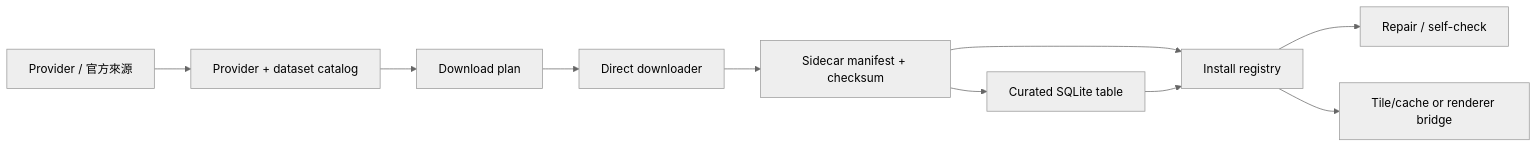
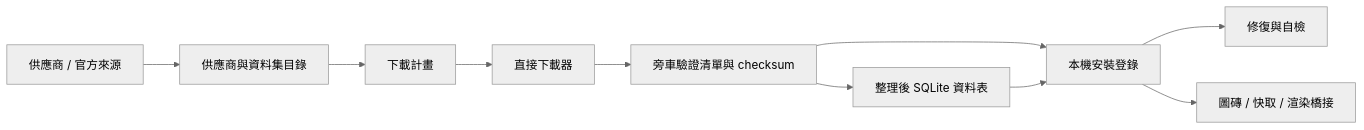
Before and after one commit to YanAnnLu/APIkeys_collection: the first of 3 diagrams in docs/ARCHITECTURE.zh-TW.md, drawn with Mermaid (neutral theme). The commit also changed other lines of this file and 17 other files, not shown here.

````diff
--- a/docs/ARCHITECTURE.zh-TW.md
+++ b/docs/ARCHITECTURE.zh-TW.md
@@ -20,22 +20,22 @@
 ```mermaid
 flowchart LR
-    Provider["Provider / 官方來源"]
-    Catalog["Provider + dataset catalog"]
-    Plan["Download plan"]
-    Download["Direct downloader"]
-    Manifest["Sidecar manifest + checksum"]
-    Registry["Install registry"]
-    Curated["Curated SQLite table"]
-    Repair["Repair / self-check"]
-    Renderer["Tile/cache or renderer bridge"]
+    Provider["供應商 / 官方來源"]
+    Catalog["供應商與資料集目錄"]
+    Plan["下載計畫"]
+    Download["直接下載器"]
+    Manifest["旁車驗證清單與 checksum"]
+    Registry["本機安裝登錄"]
+    Curated["整理後 SQLite 資料表"]
+    Repair["修復與自檢"]
+    Renderer["圖磚 / 快取 / 渲染橋接"]
 
     Provider --> Catalog
     Catalog --> Plan
     Plan --> Download
     Download --> Manifest
     Manifest --> Registry
     Manifest --> Curated
     Curated --> Registry
     Registry --> Repair
     Registry --> Renderer
 ```
````
